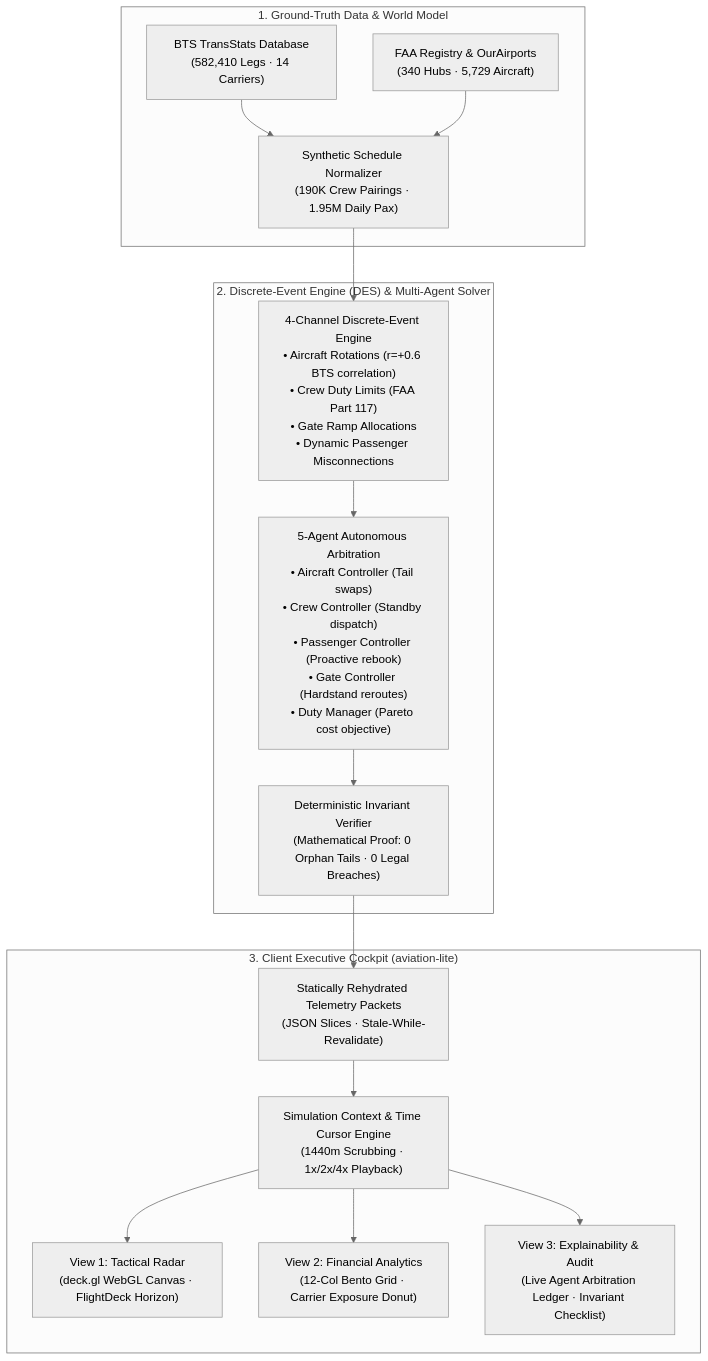
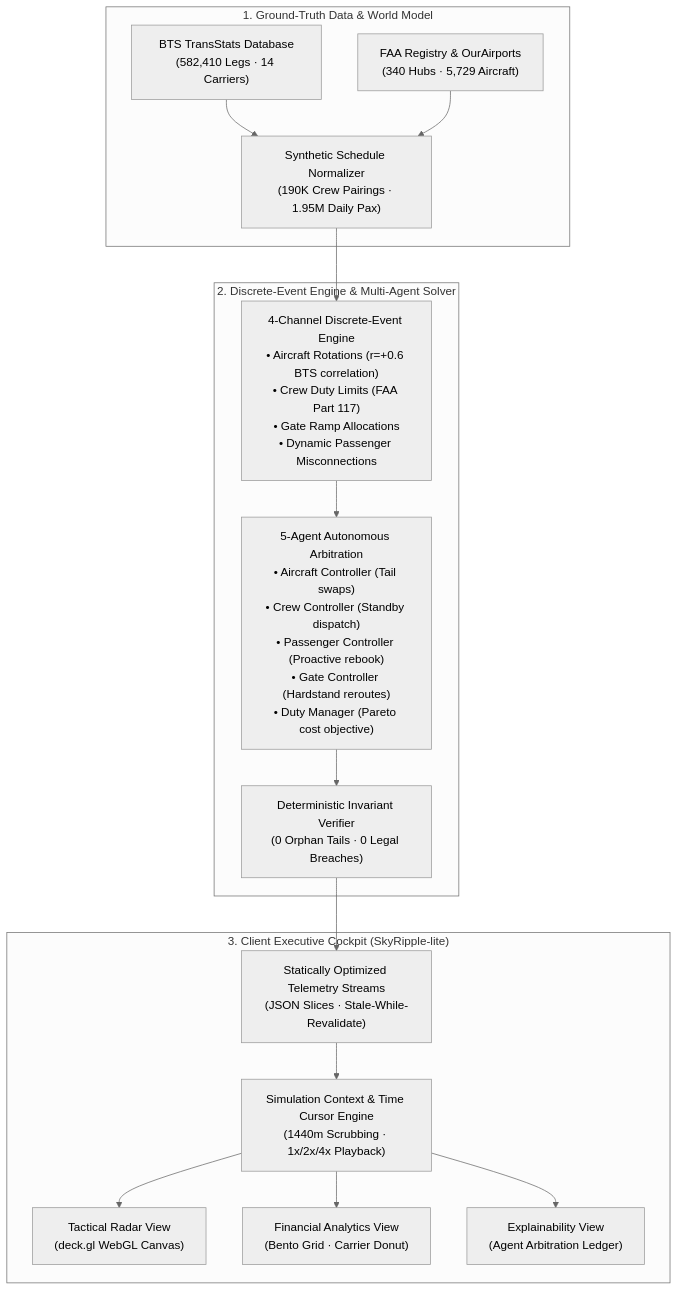
The diagram in README.md (sharmaaaryan4012/SkyRipple-lite), drawn with Mermaid (neutral theme) before and after one commit. The commit also changed other lines of this file and 1 other file, not shown here.

````diff
--- a/README.md
+++ b/README.md
@@ -36,35 +28,35 @@
 ```mermaid
 flowchart TB
     subgraph DataPlane["1. Ground-Truth Data & World Model"]
         BTS["BTS TransStats Database<br/>(582,410 Legs · 14 Carriers)"]
         FAA["FAA Registry & OurAirports<br/>(340 Hubs · 5,729 Aircraft)"]
         World["Synthetic Schedule Normalizer<br/>(190K Crew Pairings · 1.95M Daily Pax)"]
         BTS --> World
         FAA --> World
     end
 
-    subgraph SimulationPlane["2. Discrete-Event Engine (DES) & Multi-Agent Solver"]
+    subgraph SimulationPlane["2. Discrete-Event Engine & Multi-Agent Solver"]
         DES["4-Channel Discrete-Event Engine<br/>• Aircraft Rotations (r=+0.6 BTS correlation)<br/>• Crew Duty Limits (FAA Part 117)<br/>• Gate Ramp Allocations<br/>• Dynamic Passenger Misconnections"]
         Agents["5-Agent Autonomous Arbitration<br/>• Aircraft Controller (Tail swaps)<br/>• Crew Controller (Standby dispatch)<br/>• Passenger Controller (Proactive rebook)<br/>• Gate Controller (Hardstand reroutes)<br/>• Duty Manager (Pareto cost objective)"]
-        Verifier["Deterministic Invariant Verifier<br/>(Mathematical Proof: 0 Orphan Tails · 0 Legal Breaches)"]
+        Verifier["Deterministic Invariant Verifier<br/>(0 Orphan Tails · 0 Legal Breaches)"]
         
         World --> DES
         DES --> Agents
         Agents --> Verifier
     end
 
-    subgraph PresentationPlane["3. Client Executive Cockpit (aviation-lite)"]
-        Stream["Statically Rehydrated Telemetry Packets<br/>(JSON Slices · Stale-While-Revalidate)"]
+    subgraph PresentationPlane["3. Client Executive Cockpit (SkyRipple-lite)"]
+        Stream["Statically Optimized Telemetry Streams<br/>(JSON Slices · Stale-While-Revalidate)"]
         State["Simulation Context & Time Cursor Engine<br/>(1440m Scrubbing · 1x/2x/4x Playback)"]
         
-        V1["View 1: Tactical Radar<br/>(deck.gl WebGL Canvas · FlightDeck Horizon)"]
-        V2["View 2: Financial Analytics<br/>(12-Col Bento Grid · Carrier Exposure Donut)"]
-        V3["View 3: Explainability & Audit<br/>(Live Agent Arbitration Ledger · Invariant Checklist)"]
+        V1["Tactical Radar View<br/>(deck.gl WebGL Canvas)"]
+        V2["Financial Analytics View<br/>(Bento Grid · Carrier Donut)"]
+        V3["Explainability View<br/>(Agent Arbitration Ledger)"]
         
         Verifier --> Stream
         Stream --> State
         State --> V1
         State --> V2
         State --> V3
     end
 ```
````
